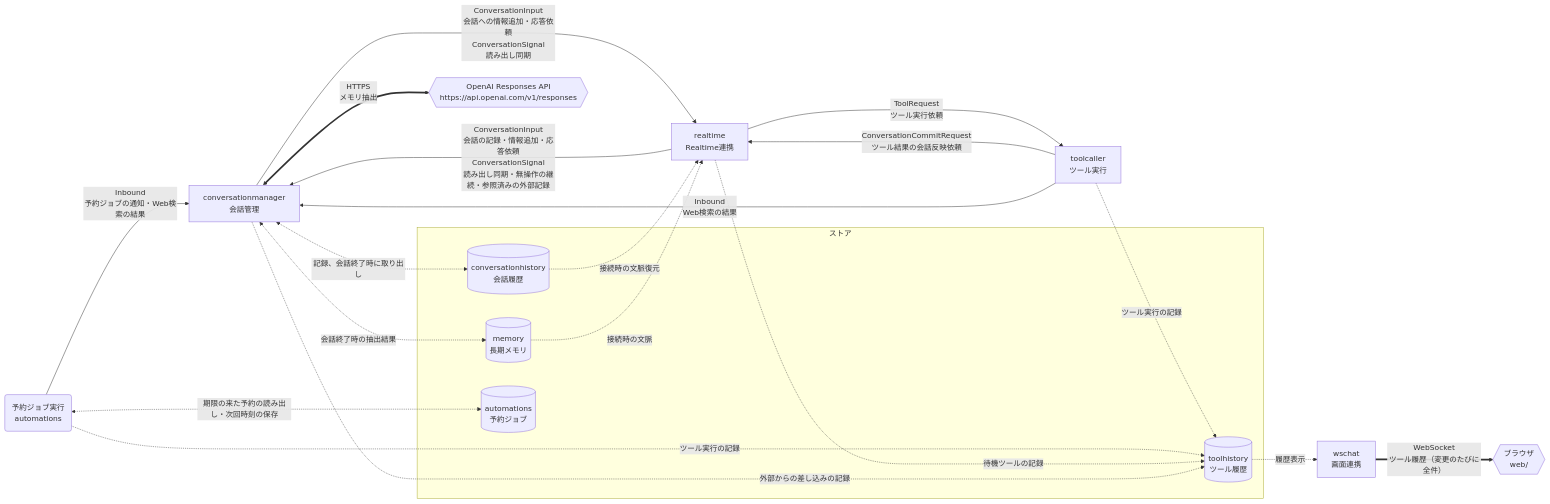
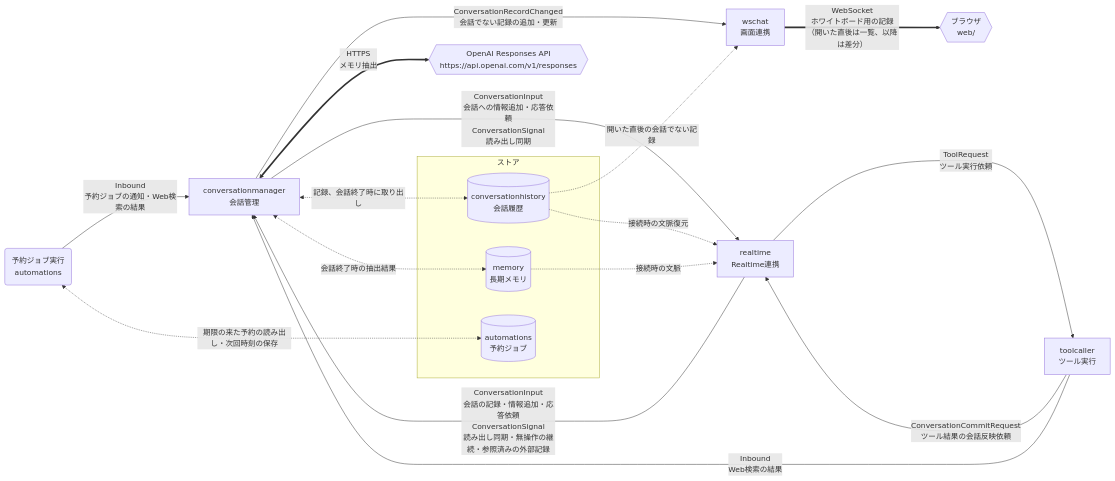
Before and after one commit to tetetratra/smart-speaker: the second of 3 diagrams in README.md, drawn with Mermaid. The commit also changed other lines of this file and 12 other files, not shown here.

````diff
--- a/README.md
+++ b/README.md
@@ -121,36 +121,32 @@
 ```mermaid
 flowchart LR
     manager["conversationmanager<br/>会話管理"]
     openaiResponses{{"OpenAI Responses API<br/>https://api.openai.com/v1/responses"}}
     rt["realtime<br/>Realtime連携"]
     tool["toolcaller<br/>ツール実行"]
     scheduler("予約ジョブ実行<br/>automations")
     chat["wschat<br/>画面連携"]
     browser{{"ブラウザ<br/>web/"}}
 
     subgraph g0["ストア"]
         historyStore[("conversationhistory<br/>会話履歴")]
         memoryStore[("memory<br/>長期メモリ")]
-        toolHistoryStore[("toolhistory<br/>ツール履歴")]
         automationStore[("automations<br/>予約ジョブ")]
     end
 
     manager <==>|"HTTPS<br/>メモリ抽出"| openaiResponses
     rt -->|"ConversationInput<br/>会話の記録・情報追加・応答依頼<br/>ConversationSignal<br/>読み出し同期・無操作の継続・参照済みの外部記録"| manager
     manager --->|"ConversationInput<br/>会話への情報追加・応答依頼<br/>ConversationSignal<br/>読み出し同期"| rt
     rt -->|"ToolRequest<br/>ツール実行依頼"| tool
     tool --->|"ConversationCommitRequest<br/>ツール結果の会話反映依頼"| rt
     scheduler -->|"Inbound<br/>予約ジョブの通知・Web検索の結果"| manager
     tool -->|"Inbound<br/>Web検索の結果"| manager
     manager <-.->|"記録、会話終了時に取り出し"| historyStore
     historyStore -.->|"接続時の文脈復元"| rt
     memoryStore -.->|"接続時の文脈"| rt
     manager <-.->|"会話終了時の抽出結果"| memoryStore
-    tool -.->|"ツール実行の記録"| toolHistoryStore
-    scheduler -.->|"ツール実行の記録"| toolHistoryStore
-    rt -.->|"待機ツールの記録"| toolHistoryStore
-    manager -.->|"外部からの差し込みの記録"| toolHistoryStore
-    toolHistoryStore -.->|"履歴表示"| chat
-    chat ==>|"WebSocket<br/>ツール履歴（変更のたびに全件）"| browser
+    manager -->|"ConversationRecordChanged<br/>会話でない記録の追加・更新"| chat
+    historyStore -.->|"開いた直後の会話でない記録"| chat
+    chat ==>|"WebSocket<br/>ホワイトボード用の記録（開いた直後は一覧、以降は差分）"| browser
     scheduler <-.->|"期限の来た予約の読み出し・次回時刻の保存"| automationStore
 ```
````
